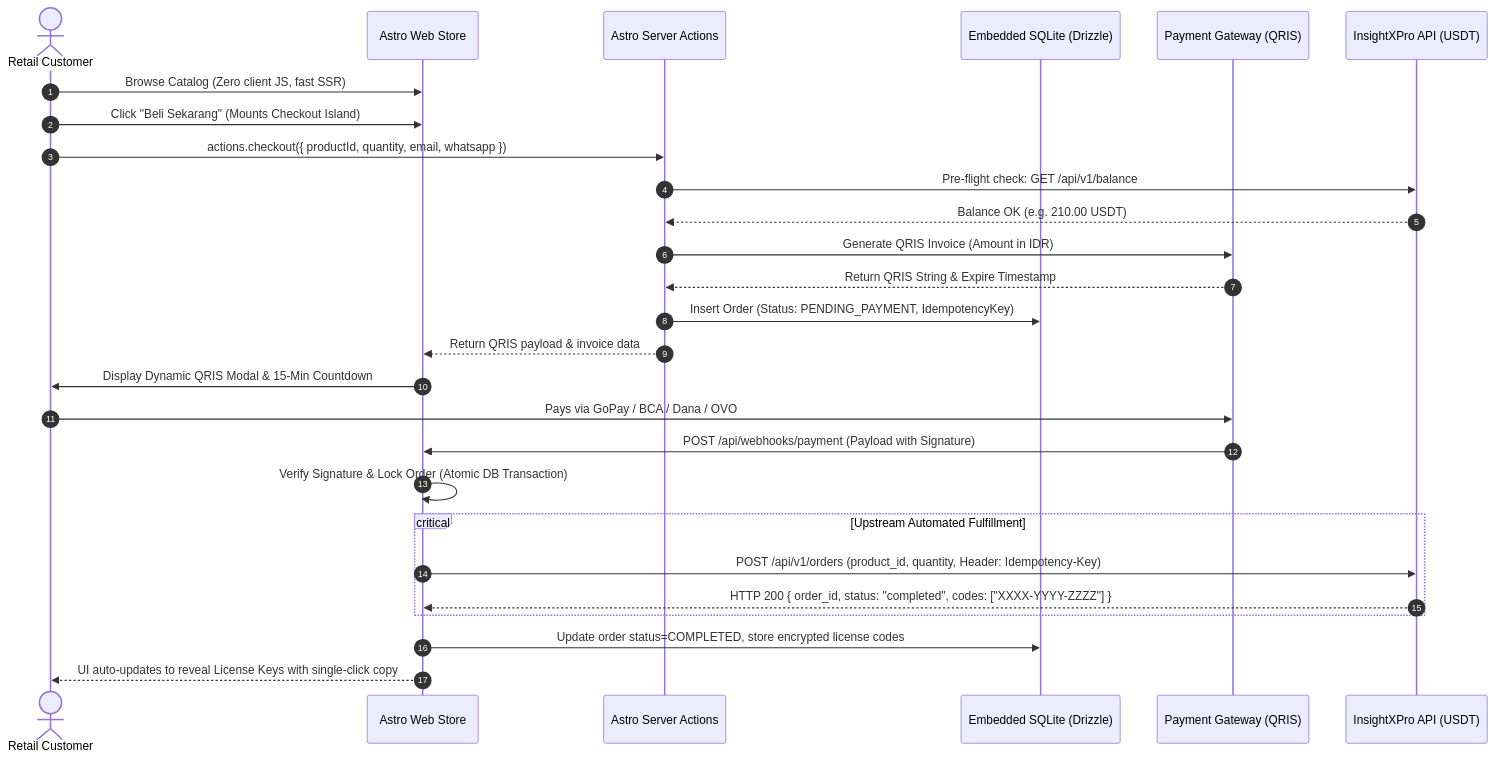
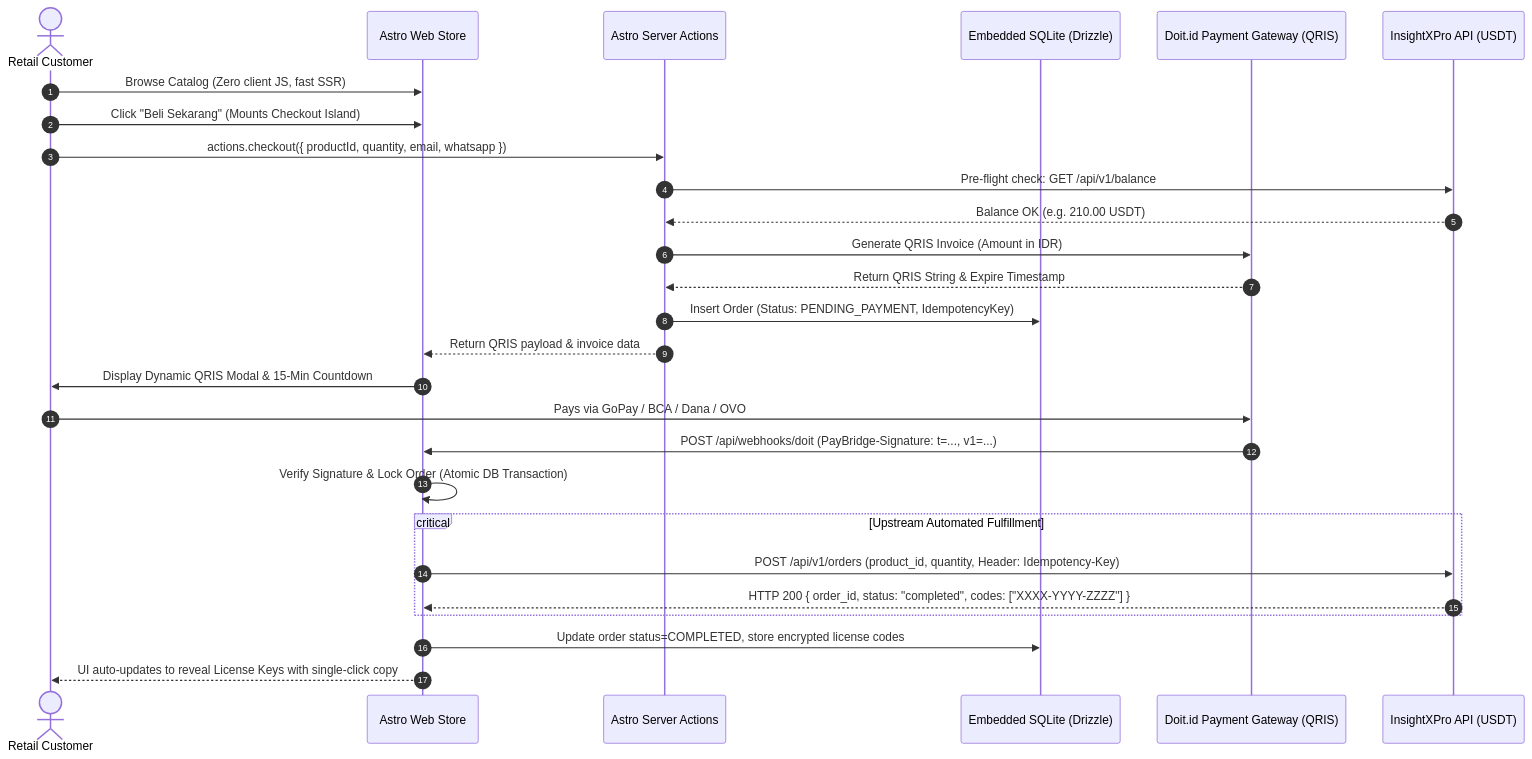
The second of 2 diagrams in docs/architect.md (Tayen15/pixel-store), drawn with Mermaid before and after one commit. The commit also changed other lines of this file and 25 other files, not shown here.

````diff
--- a/docs/architect.md
+++ b/docs/architect.md
@@ -53,33 +53,33 @@
 ```mermaid
 sequenceDiagram
     autonumber
     actor Customer as Retail Customer
     participant Astro as Astro Web Store
     participant Action as Astro Server Actions
     participant DB as Embedded SQLite (Drizzle)
-    participant PG as Payment Gateway (QRIS)
+    participant PG as Doit.id Payment Gateway (QRIS)
     participant Supplier as InsightXPro API (USDT)
 
     Customer->>Astro: Browse Catalog (Zero client JS, fast SSR)
     Customer->>Astro: Click "Beli Sekarang" (Mounts Checkout Island)
     Customer->>Action: actions.checkout({ productId, quantity, email, whatsapp })
     Action->>Supplier: Pre-flight check: GET /api/v1/balance
     Supplier-->>Action: Balance OK (e.g. 210.00 USDT)
     Action->>PG: Generate QRIS Invoice (Amount in IDR)
     PG-->>Action: Return QRIS String & Expire Timestamp
     Action->>DB: Insert Order (Status: PENDING_PAYMENT, IdempotencyKey)
     Action-->>Astro: Return QRIS payload & invoice data
     
     Astro->>Customer: Display Dynamic QRIS Modal & 15-Min Countdown
     Customer->>PG: Pays via GoPay / BCA / Dana / OVO
-    PG->>Astro: POST /api/webhooks/payment (Payload with Signature)
+    PG->>Astro: POST /api/webhooks/doit (PayBridge-Signature: t=..., v1=...)
     Astro->>Astro: Verify Signature & Lock Order (Atomic DB Transaction)
     
     critical Upstream Automated Fulfillment
         Astro->>Supplier: POST /api/v1/orders (product_id, quantity, Header: Idempotency-Key)
         Supplier-->>Astro: HTTP 200 { order_id, status: "completed", codes: ["XXXX-YYYY-ZZZZ"] }
     end
 
     Astro->>DB: Update order status=COMPLETED, store encrypted license codes
     Astro-->>Customer: UI auto-updates to reveal License Keys with single-click copy
 ```
````
